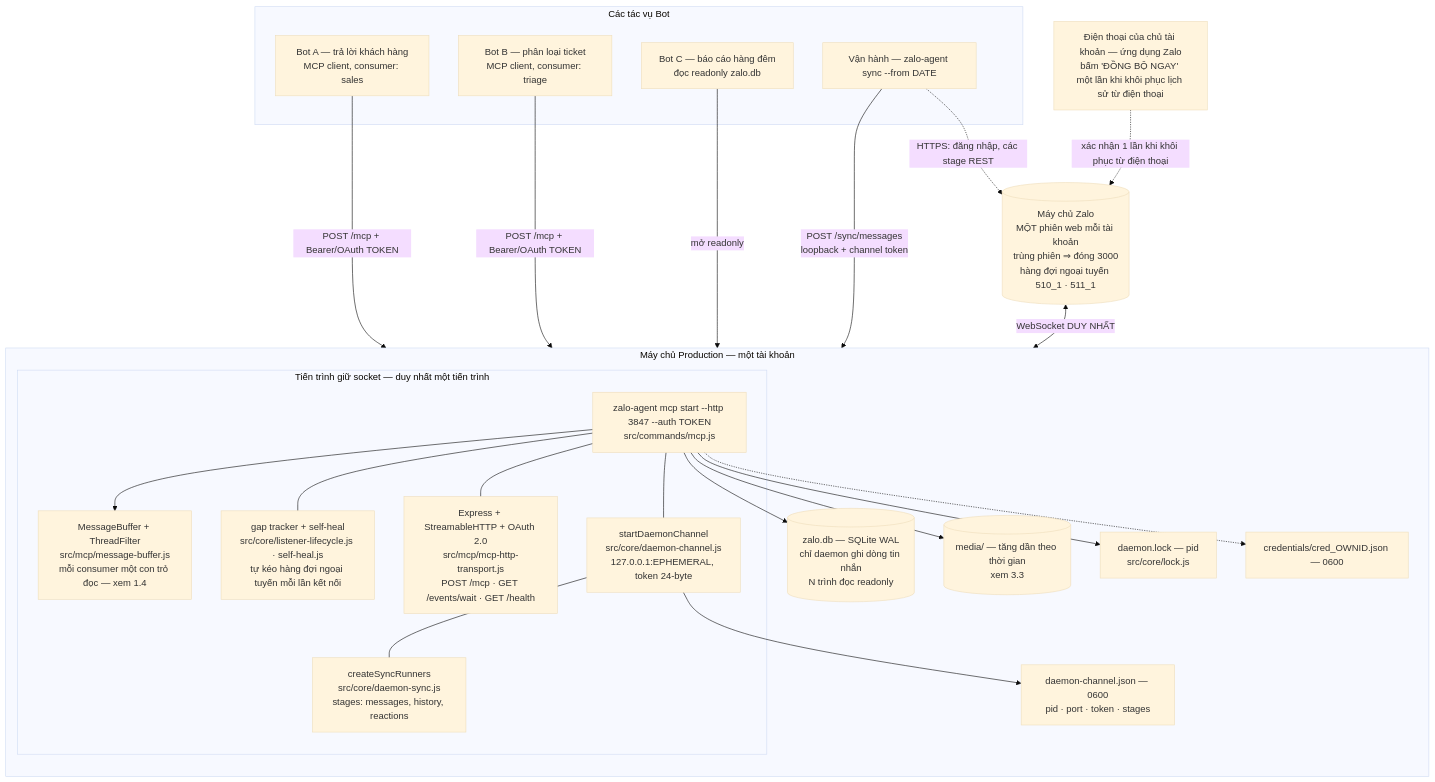
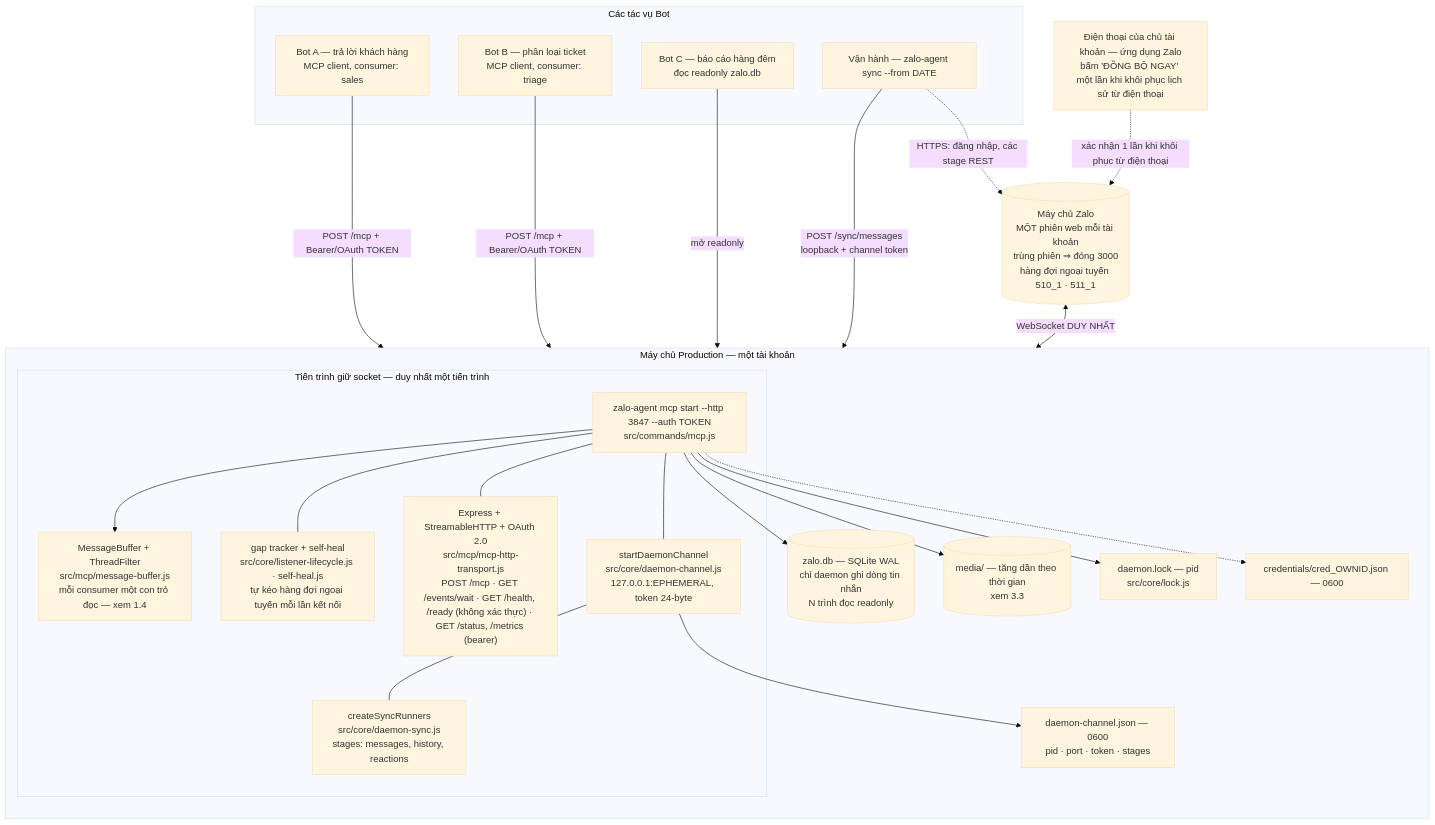
One commit to ardennguyen/zalo-agent-cli changed the diagram in docs/deployment.vi.md. Above: the diagram before and after it, drawn with Mermaid (base theme). The commit also changed other lines of this file and 21 other files, not shown here.

First line of the commit message:
feat: real health and metrics for both daemons

````diff
--- a/docs/deployment.vi.md
+++ b/docs/deployment.vi.md
@@ -130,48 +130,48 @@
 ```mermaid
 flowchart TB
     phone["Điện thoại của chủ tài khoản — ứng dụng Zalo<br/>bấm 'ĐỒNG BỘ NGAY' một lần khi khôi phục lịch sử từ điện thoại"]
     zalo[("Máy chủ Zalo<br/>MỘT phiên web mỗi tài khoản<br/>trùng phiên ⇒ đóng 3000<br/>hàng đợi ngoại tuyến 510_1 · 511_1")]
 
     subgraph host["Máy chủ Production — một tài khoản"]
       direction TB
       subgraph holder["Tiến trình giữ socket — duy nhất một tiến trình"]
         proc["zalo-agent mcp start --http 3847 --auth TOKEN<br/>src/commands/mcp.js"]
-        http["Express + StreamableHTTP + OAuth 2.0<br/>src/mcp/mcp-http-transport.js<br/>POST /mcp · GET /events/wait · GET /health"]
+        http["Express + StreamableHTTP + OAuth 2.0<br/>src/mcp/mcp-http-transport.js<br/>POST /mcp · GET /events/wait · GET /health, /ready (không xác thực) · GET /status, /metrics (bearer)"]
         buf["MessageBuffer + ThreadFilter<br/>src/mcp/message-buffer.js<br/>mỗi consumer một con trỏ đọc — xem 1.4"]
         heal["gap tracker + self-heal<br/>src/core/listener-lifecycle.js · self-heal.js<br/>tự kéo hàng đợi ngoại tuyến mỗi lần kết nối"]
         chan["startDaemonChannel<br/>src/core/daemon-channel.js<br/>127.0.0.1:EPHEMERAL, token 24-byte"]
         run["createSyncRunners<br/>src/core/daemon-sync.js<br/>stages: messages, history, reactions"]
       end
       lock["daemon.lock — pid<br/>src/core/lock.js"]
       cj["daemon-channel.json — 0600<br/>pid · port · token · stages"]
       db[("zalo.db — SQLite WAL<br/>chỉ daemon ghi dòng tin nhắn<br/>N trình đọc readonly")]
       med[("media/ — tăng dần theo thời gian<br/>xem 3.3")]
       cred["credentials/cred_OWNID.json — 0600"]
     end
 
     subgraph bots["Các tác vụ Bot"]
       b1["Bot A — trả lời khách hàng<br/>MCP client, consumer: sales"]
       b2["Bot B — phân loại ticket<br/>MCP client, consumer: triage"]
       b3["Bot C — báo cáo hàng đêm<br/>đọc readonly zalo.db"]
       b4["Vận hành — zalo-agent sync --from DATE"]
     end
 
     phone -.->|"xác nhận 1 lần khi khôi phục từ điện thoại"| zalo
     zalo <-->|"WebSocket DUY NHẤT"| proc
     proc --> buf
     proc --- heal
     proc --> db
     proc --> med
     proc --> lock
     proc --- http
     proc --- chan
     chan --- run
     chan --> cj
     proc -.-> cred
 
     b1 -->|"POST /mcp + Bearer/OAuth TOKEN"| http
     b2 -->|"POST /mcp + Bearer/OAuth TOKEN"| http
     b3 -->|"mở readonly"| db
     b4 -->|"POST /sync/messages<br/>loopback + channel token"| chan
     b4 -.->|"HTTPS: đăng nhập, các stage REST"| zalo
 ```
````
